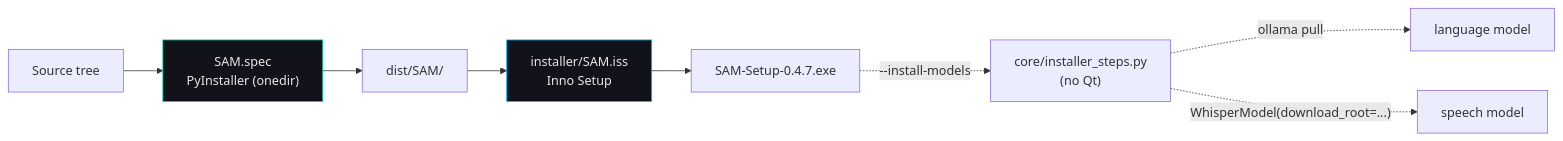
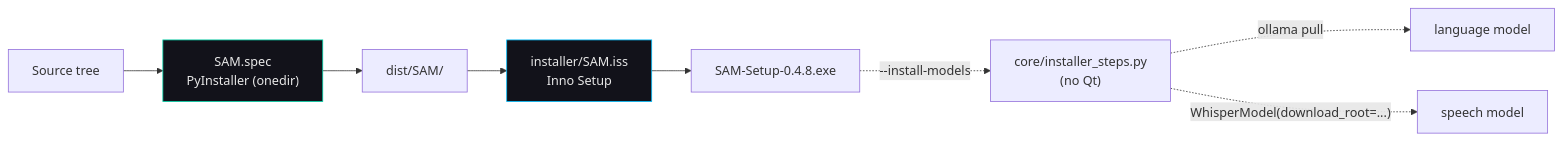
Before and after one commit to sametgurtuna/SAM: the tenth of 10 diagrams in docs/ARCHITECTURE.md, drawn with Mermaid. The commit also changed other lines of this file and 25 other files, not shown here.

````diff
--- a/docs/ARCHITECTURE.md
+++ b/docs/ARCHITECTURE.md
@@ -282,14 +287,14 @@
 ```mermaid
 flowchart LR
     SRC["Source tree"] --> SPEC["SAM.spec\nPyInstaller (onedir)"]
     SPEC --> DIST["dist/SAM/"]
     DIST --> ISS["installer/SAM.iss\nInno Setup"]
-    ISS --> EXE["SAM-Setup-0.4.7.exe"]
+    ISS --> EXE["SAM-Setup-0.4.8.exe"]
 
     EXE -. "--install-models" .-> STEPS["core/installer_steps.py\n(no Qt)"]
     STEPS -. "ollama pull" .-> M1["language model"]
     STEPS -. "WhisperModel(download_root=...)" .-> M2["speech model"]
 
     style SPEC fill:#12121a,stroke:#00D4AA,color:#e8e8e8
     style ISS fill:#12121a,stroke:#00BFFF,color:#e8e8e8
 ```
````
